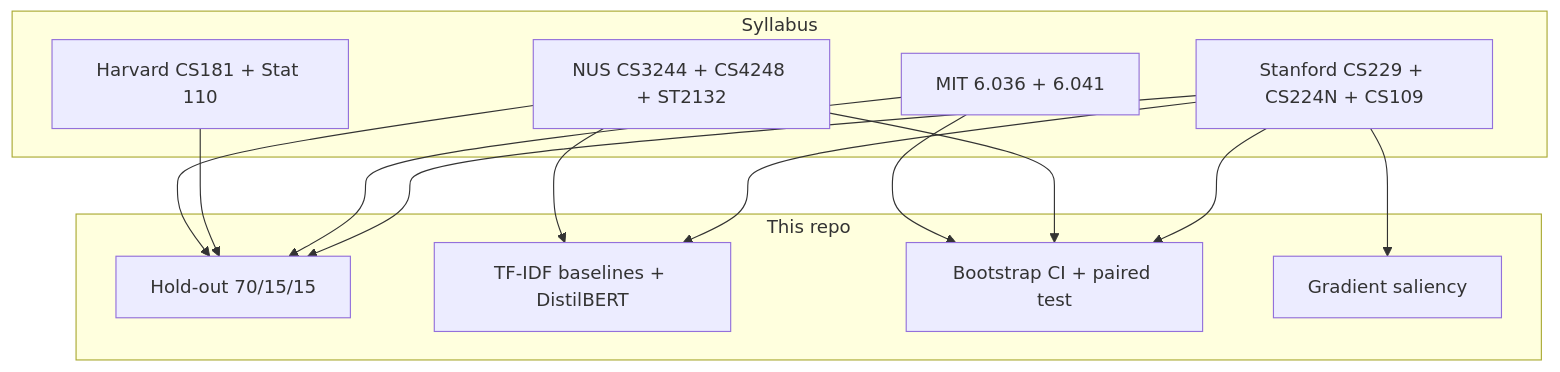
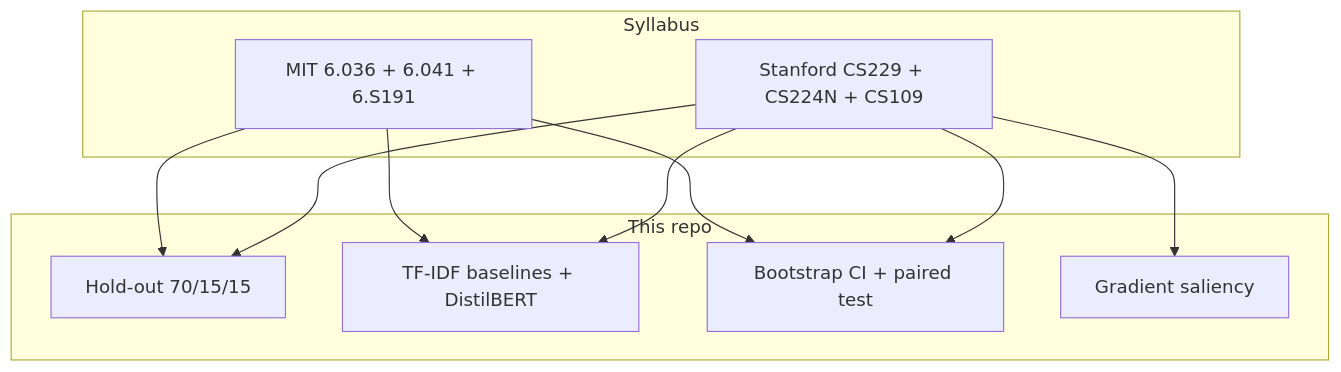
Diagram 21 of 33 in README.md (TheHien04/Movie-Review-Sentiment-Analysis), drawn with Mermaid before and after one commit. The commit also changed other lines of this file and 3 other files, not shown here.

````diff
--- a/README.md
+++ b/README.md
@@ -790,27 +790,22 @@
 ```mermaid
 flowchart TB
     subgraph Schools["Syllabus"]
         ST["Stanford CS229 + CS224N + CS109"]
-        MI["MIT 6.036 + 6.041"]
-        HA["Harvard CS181 + Stat 110"]
-        NU["NUS CS3244 + CS4248 + ST2132"]
+        MI["MIT 6.036 + 6.041 + 6.S191"]
     end
 
     subgraph Cap["This repo"]
         P["Hold-out 70/15/15"]
         C["TF-IDF baselines + DistilBERT"]
         I["Bootstrap CI + paired test"]
         E["Gradient saliency"]
     end
 
     ST --> P
     MI --> P
-    HA --> P
-    NU --> P
     ST --> C
-    NU --> C
+    MI --> C
     ST --> I
-    NU --> I
     MI --> I
     ST --> E
 ```
````
